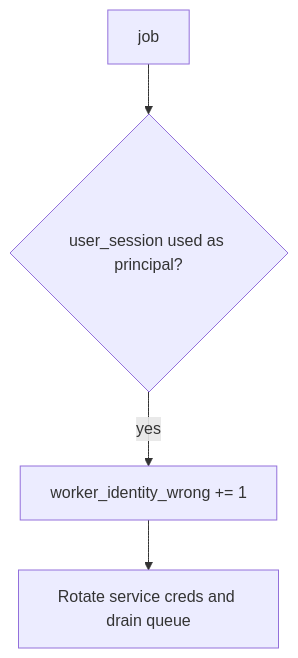
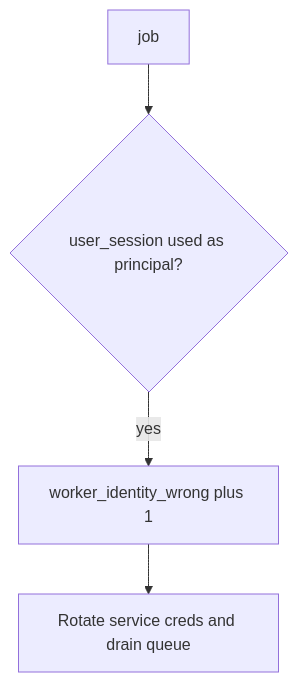
The diagram in content/modules/7/7.4/lessons/06-operate.md (ishitvagoel/LearnSecurity), drawn with Mermaid before and after one commit. The commit also changed other lines of this file and 28 other files, not shown here.

````diff
--- a/content/modules/7/7.4/lessons/06-operate.md
+++ b/content/modules/7/7.4/lessons/06-operate.md
@@ -13,6 +13,6 @@
 ```mermaid
 flowchart TD
   Job[job] --> Wrong{user_session used as principal?}
-  Wrong -->|yes| Metric["worker_identity_wrong += 1"]
+  Wrong -->|yes| Metric["worker_identity_wrong plus 1"]
   Metric --> Drain[Rotate service creds and drain queue]
 ```
````
